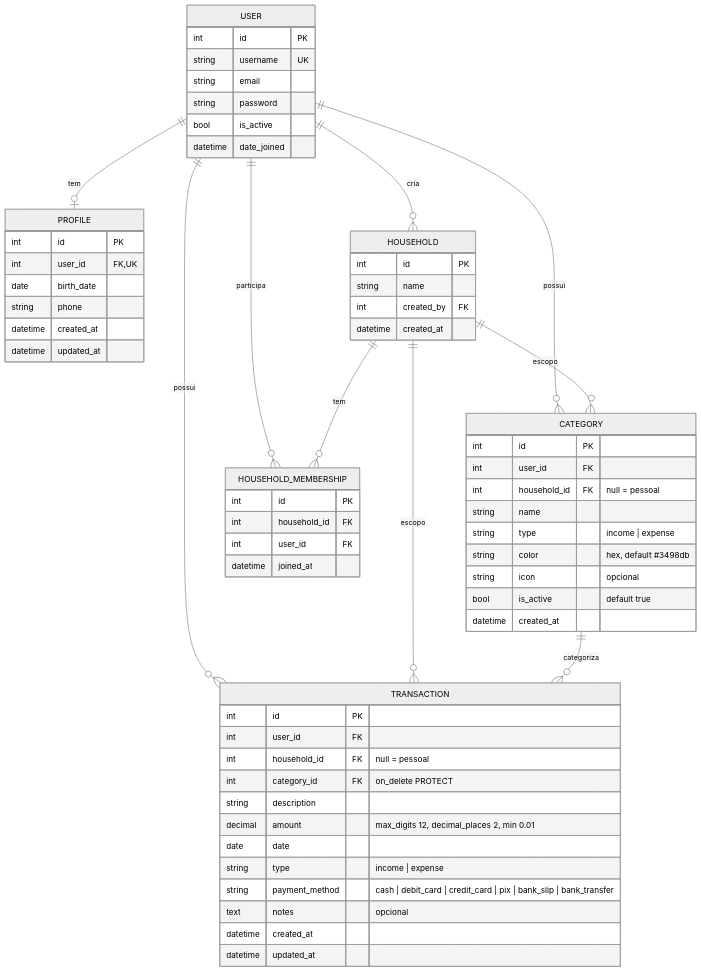
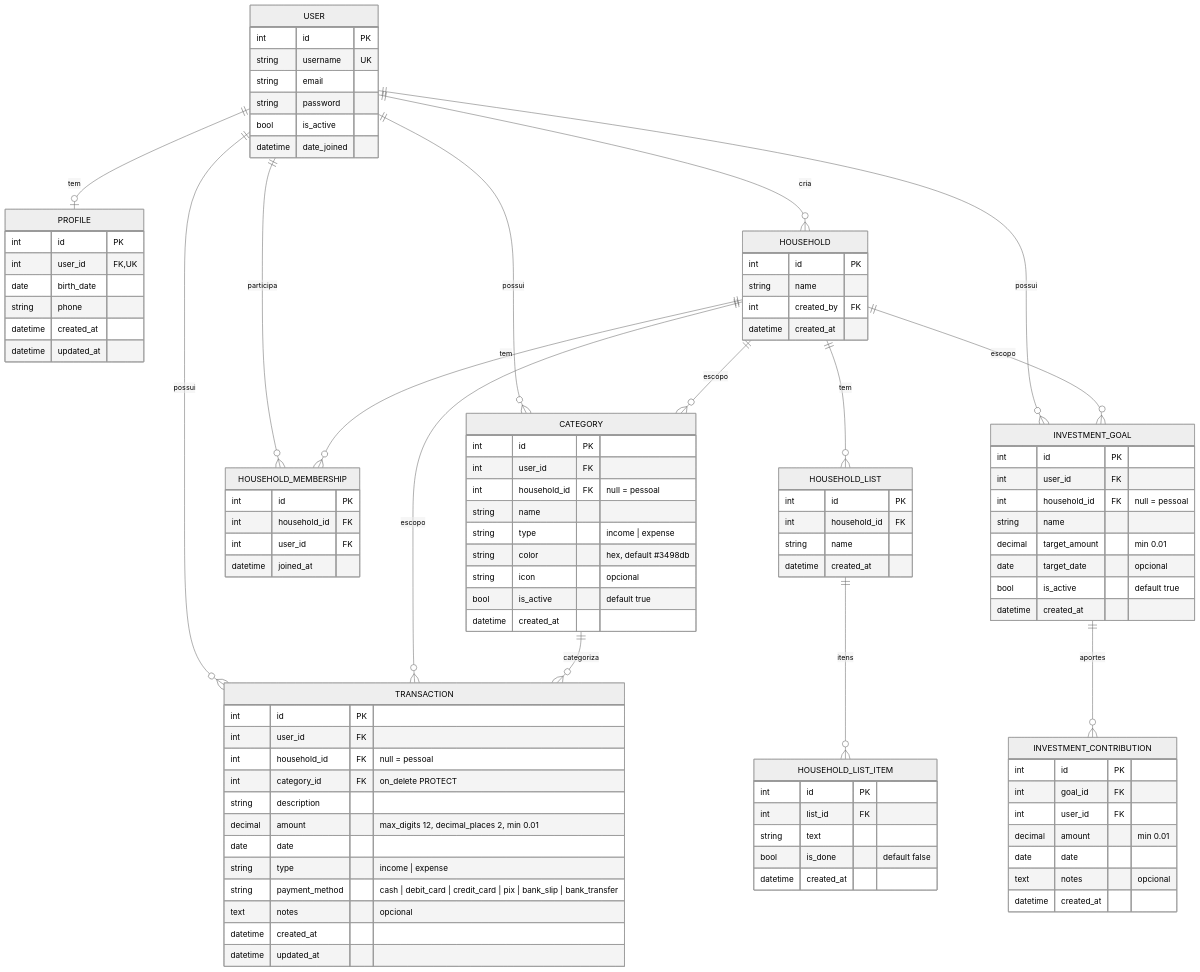
The third of 3 diagrams in PRD.md (Jhonnyss3/emy), drawn with Mermaid (neutral theme) before and after one commit. The commit also changed other lines of this file and 25 other files, not shown here.

````diff
--- a/PRD.md
+++ b/PRD.md
@@ -360,6 +405,11 @@
     HOUSEHOLD ||--o{ HOUSEHOLD_MEMBERSHIP : "tem"
     HOUSEHOLD ||--o{ CATEGORY : "escopo"
     HOUSEHOLD ||--o{ TRANSACTION : "escopo"
+    HOUSEHOLD ||--o{ HOUSEHOLD_LIST : "tem"
+    HOUSEHOLD_LIST ||--o{ HOUSEHOLD_LIST_ITEM : "itens"
+    USER ||--o{ INVESTMENT_GOAL : "possui"
+    HOUSEHOLD ||--o{ INVESTMENT_GOAL : "escopo"
+    INVESTMENT_GOAL ||--o{ INVESTMENT_CONTRIBUTION : "aportes"
     CATEGORY ||--o{ TRANSACTION : "categoriza"
 
     USER {
@@ -420,4 +470,40 @@
         datetime created_at
         datetime updated_at
     }
+
+    INVESTMENT_GOAL {
+        int id PK
+        int user_id FK
+        int household_id FK "null = pessoal"
+        string name
+        decimal target_amount "min 0.01"
+        date target_date "opcional"
+        bool is_active "default true"
+        datetime created_at
+    }
+
+    INVESTMENT_CONTRIBUTION {
+        int id PK
+        int goal_id FK
+        int user_id FK
+        decimal amount "min 0.01"
+        date date
+        text notes "opcional"
+        datetime created_at
+    }
+
+    HOUSEHOLD_LIST {
+        int id PK
+        int household_id FK
+        string name
+        datetime created_at
+    }
+
+    HOUSEHOLD_LIST_ITEM {
+        int id PK
+        int list_id FK
+        string text
+        bool is_done "default false"
+        datetime created_at
+    }
 ```
````
